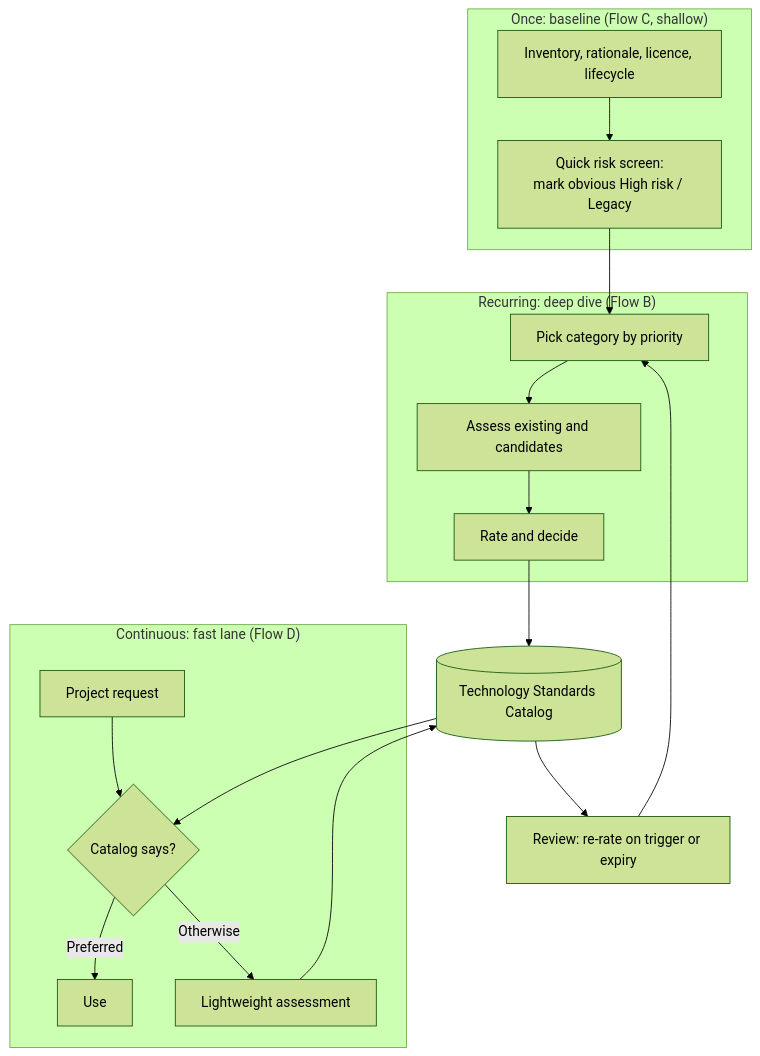
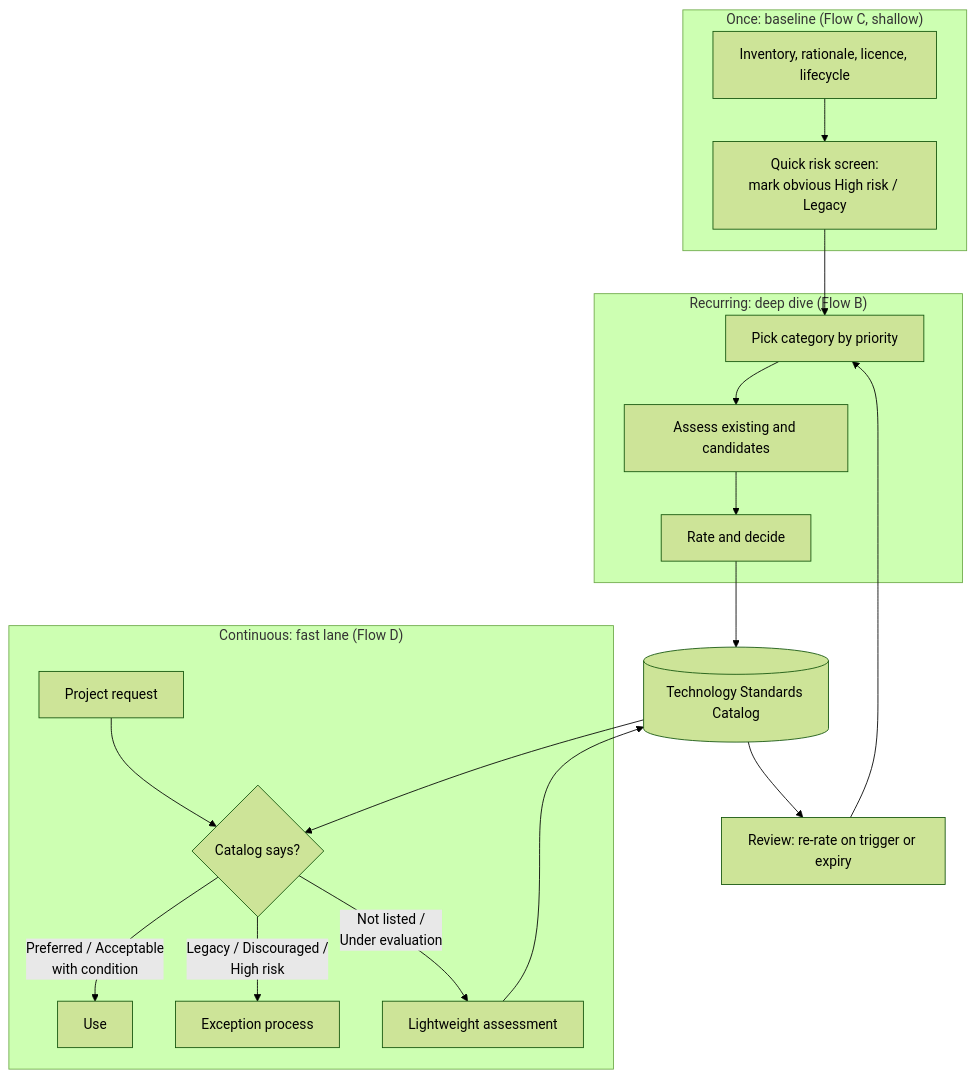
The fifth of 8 diagrams in docs/Architecture/technology-harmonization.md (Kikkirej/framework), drawn with Mermaid (forest theme) before and after one commit. The commit also changed other lines of this file, not shown here.

````diff
--- a/docs/Architecture/technology-harmonization.md
+++ b/docs/Architecture/technology-harmonization.md
@@ -329,21 +358,22 @@
 ```mermaid
 flowchart TD
     subgraph Once["Once: baseline (Flow C, shallow)"]
         B1[Inventory, rationale, licence, lifecycle] --> B2[Quick risk screen:<br/>mark obvious High risk / Legacy]
     end
     subgraph Cycle["Recurring: deep dive (Flow B)"]
         C1[Pick category by priority] --> C2[Assess existing and candidates]
         C2 --> C3[Rate and decide]
     end
     subgraph Fast["Continuous: fast lane (Flow D)"]
         D1[Project request] --> D2{Catalog says?}
-        D2 -->|Preferred| D3[Use]
-        D2 -->|Otherwise| D4[Lightweight assessment]
+        D2 -->|Preferred / Acceptable<br/>with condition| D3[Use]
+        D2 -->|Legacy / Discouraged /<br/>High risk| D5[Exception process]
+        D2 -->|Not listed /<br/>Under evaluation| D4[Lightweight assessment]
     end
     B2 --> C1
     C3 --> CAT[(Technology Standards Catalog)]
     D4 --> CAT
     CAT --> D2
     CAT --> R[Review: re-rate on trigger or expiry]
     R --> C1
 ```
````
